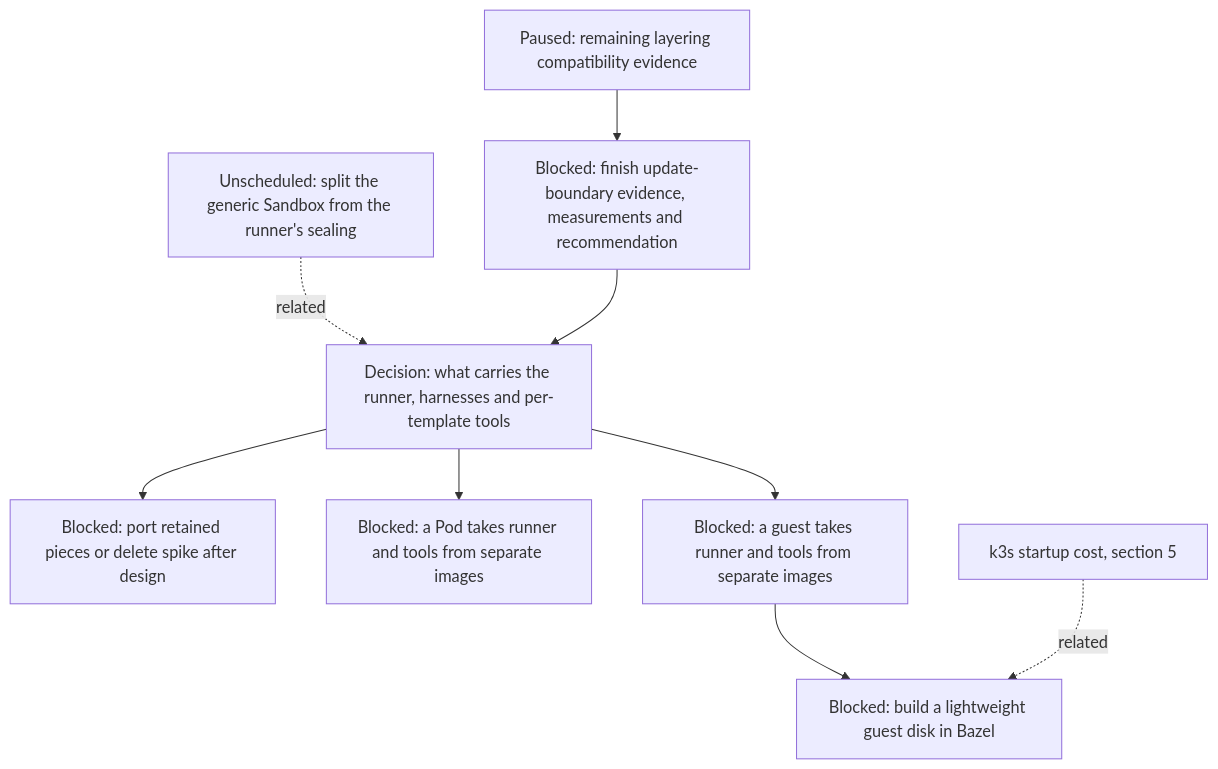
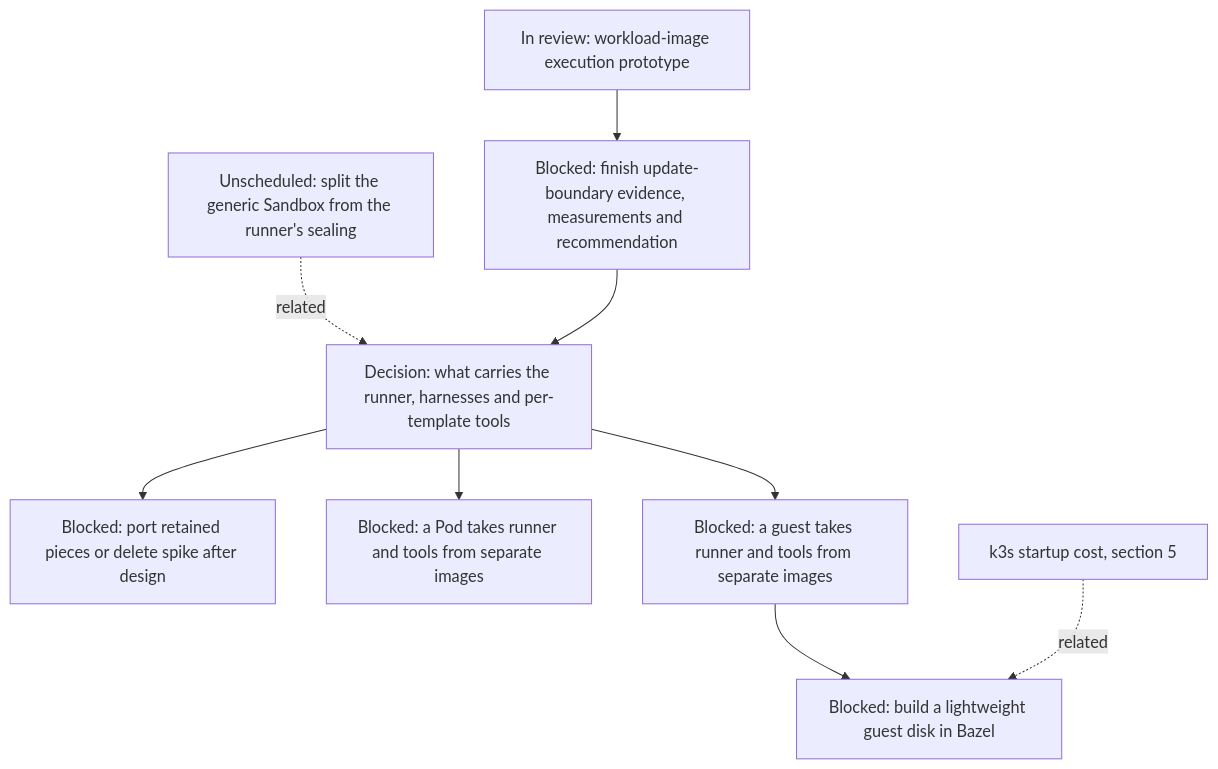
One commit to agentydragon-agent/ducktape changed diagram 11 of 16 in agentplane/plans/task_dag.md. Above: the diagram before and after it, drawn with Mermaid. The commit also changed other lines of this file and 5 other files, not shown here.

First line of the commit message:
agentplane: prove workload-image tool execution (#10789)

````diff
--- a/agentplane/plans/task_dag.md
+++ b/agentplane/plans/task_dag.md
@@ -871,16 +873,16 @@
 ```mermaid
 flowchart TD
     SANDBOX_GENERIC_SPLIT[Unscheduled: split the generic Sandbox from the runner's sealing]
     RUNNER_IMAGE_LAYERING_DESIGN[Decision: what carries the runner, harnesses and per-template tools]
-    RUNNER_LAYERING_SPIKE[Paused: remaining layering compatibility evidence]
+    RUNNER_LAYERING_SPIKE[In review: workload-image execution prototype]
     RUNNER_LAYERING_SPIKE_EXIT[Blocked: finish update-boundary evidence, measurements and recommendation]
     RUNNER_LAYERING_SPIKE_RETIRE[Blocked: port retained pieces or delete spike after design]
     SANDBOX_GENERIC_SPLIT -. related .-> RUNNER_IMAGE_LAYERING_DESIGN
     RUNNER_LAYERING_SPIKE --> RUNNER_LAYERING_SPIKE_EXIT
     RUNNER_LAYERING_SPIKE_EXIT --> RUNNER_IMAGE_LAYERING_DESIGN
     RUNNER_IMAGE_LAYERING_DESIGN --> RUNNER_LAYERING_SPIKE_RETIRE
     RUNNER_IMAGE_LAYERING_DESIGN --> RUNNER_LAYERING_POD[Blocked: a Pod takes runner and tools from separate images]
     RUNNER_IMAGE_LAYERING_DESIGN --> RUNNER_LAYERING_VM[Blocked: a guest takes runner and tools from separate images]
     RUNNER_LAYERING_VM --> K3S_VM_IMAGE[Blocked: build a lightweight guest disk in Bazel]
     K3S_STARTUP_COST[k3s startup cost, section 5] -. related .-> K3S_VM_IMAGE
 ```
````
